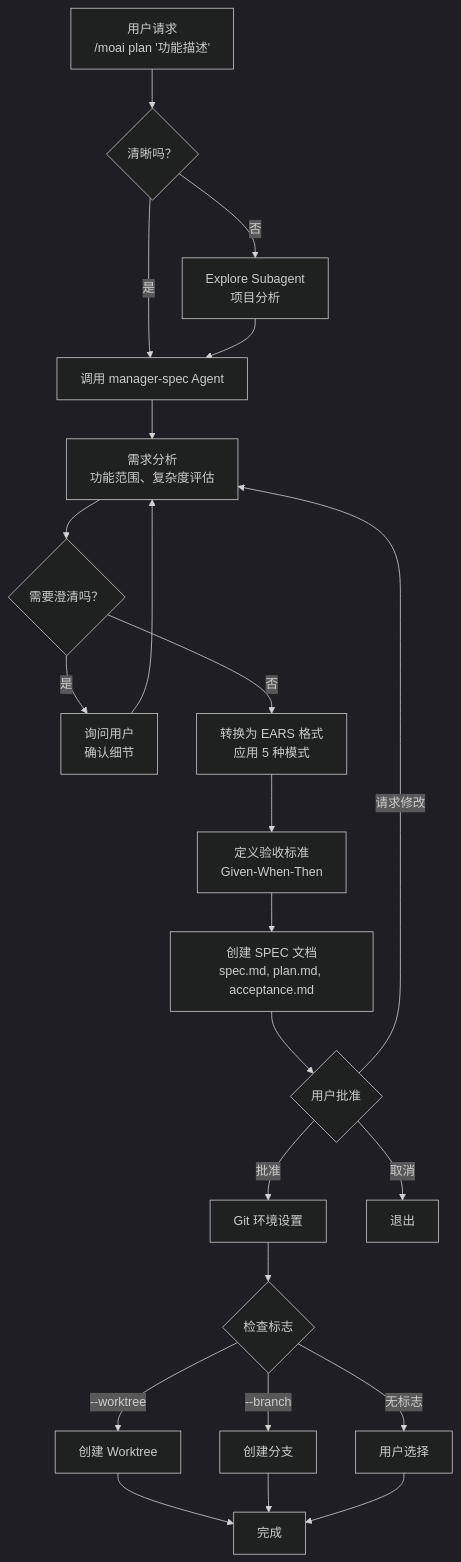
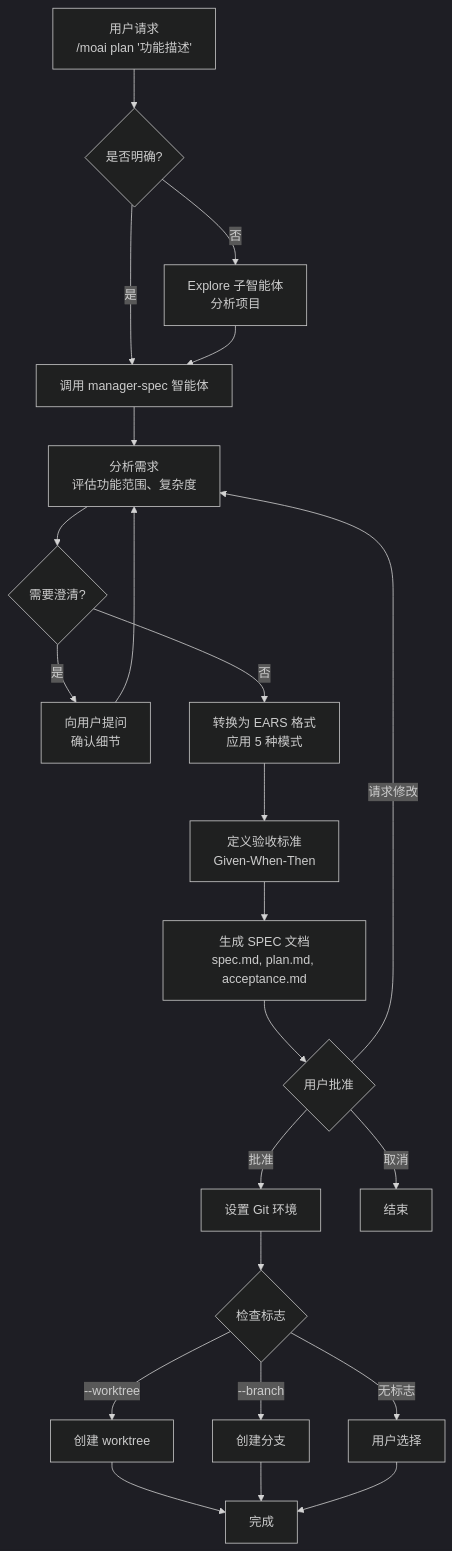
The first of 2 diagrams in docs-site/content/zh/workflow-commands/moai-plan.md (modu-ai/moai-adk), drawn with Mermaid (dark theme) before and after one commit. The commit also changed other lines of this file and 395 other files, not shown here.

````diff
--- a/docs-site/content/zh/workflow-commands/moai-plan.md
+++ b/docs-site/content/zh/workflow-commands/moai-plan.md
@@ -111,25 +115,25 @@
 ```mermaid
 flowchart TD
-    A["用户请求<br/>/moai plan '功能描述'"] --> B{清晰吗？}
-    B -->|否| C["Explore Subagent<br/>项目分析"]
-    B -->|是| D["调用 manager-spec Agent"]
+    A["用户请求<br/>/moai plan '功能描述'"] --> B{是否明确?}
+    B -->|否| C["Explore 子智能体<br/>分析项目"]
+    B -->|是| D["调用 manager-spec 智能体"]
     C --> D
-    D --> E["需求分析<br/>功能范围、复杂度评估"]
-    E --> F{"需要澄清吗？"}
-    F -->|是| G["询问用户<br/>确认细节"]
+    D --> E["分析需求<br/>评估功能范围、复杂度"]
+    E --> F{"需要澄清?"}
+    F -->|是| G["向用户提问<br/>确认细节"]
     G --> E
     F -->|否| H["转换为 EARS 格式<br/>应用 5 种模式"]
     H --> I["定义验收标准<br/>Given-When-Then"]
-    I --> J["创建 SPEC 文档<br/>spec.md, plan.md, acceptance.md"]
+    I --> J["生成 SPEC 文档<br/>spec.md, plan.md, acceptance.md"]
     J --> K{"用户批准"}
-    K -->|批准| L["Git 环境设置"]
+    K -->|批准| L["设置 Git 环境"]
     K -->|请求修改| E
-    K -->|取消| M["退出"]
+    K -->|取消| M["结束"]
     L --> N{"检查标志"}
-    N -->|--worktree| O["创建 Worktree"]
+    N -->|--worktree| O["创建 worktree"]
     N -->|--branch| P["创建分支"]
     N -->|无标志| Q["用户选择"]
     O --> R["完成"]
     P --> R
     Q --> R
 ```
````
